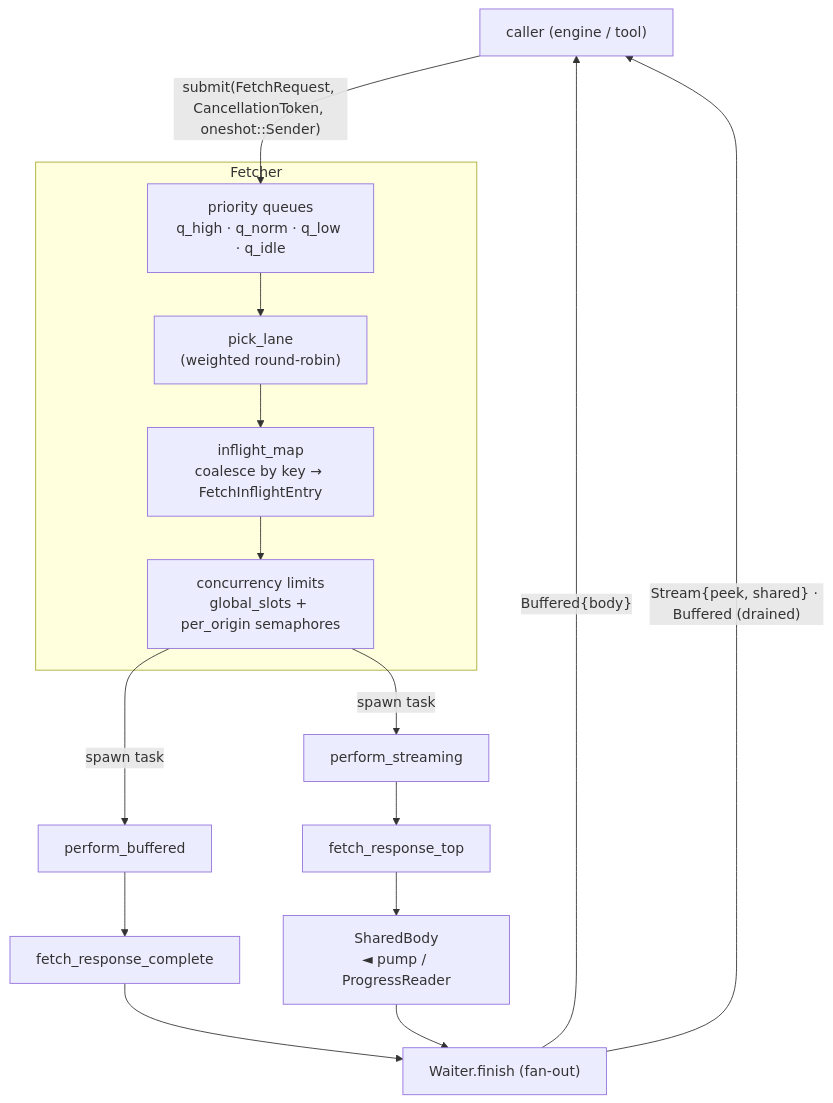
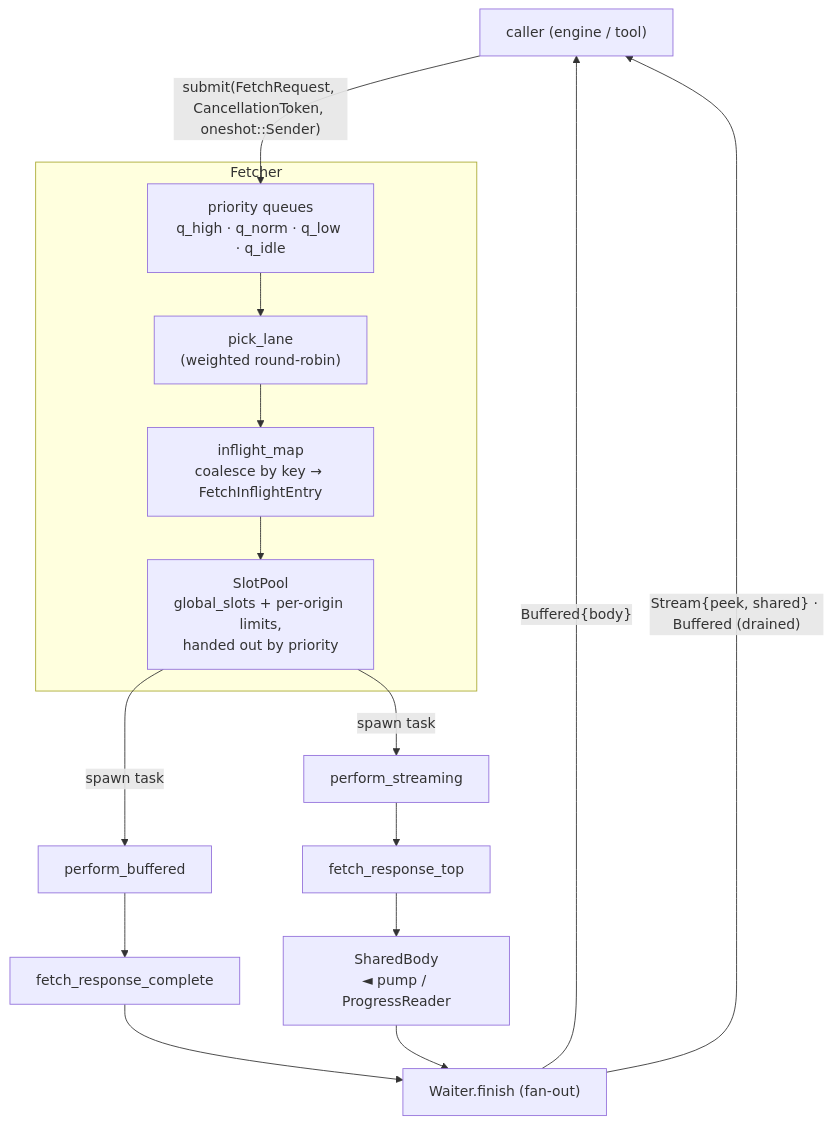
The diagram in docs/architecture.md (gosub-io/gosub-sonar), drawn with Mermaid before and after one commit. The commit also changed other lines of this file and 5 other files, not shown here.

Commit message:
fetcher: hand out connection slots by priority

````diff
--- a/docs/architecture.md
+++ b/docs/architecture.md
@@ -118,27 +118,27 @@
 ```mermaid
 flowchart TD
     caller["caller (engine / tool)"]
 
     subgraph fetcher["Fetcher"]
         queues["priority queues<br/>q_high · q_norm · q_low · q_idle"]
         pick["pick_lane<br/>(weighted round-robin)"]
         inflight["inflight_map<br/>coalesce by key → FetchInflightEntry"]
-        slots["concurrency limits<br/>global_slots + per_origin semaphores"]
+        slots["SlotPool<br/>global_slots + per-origin limits,<br/>handed out by priority"]
         queues --> pick --> inflight --> slots
     end
 
     complete["fetch_response_complete"]
     top["fetch_response_top"]
     shared["SharedBody<br/>◄ pump / ProgressReader"]
     waiter["Waiter.finish (fan-out)"]
 
     caller -->|"submit(FetchRequest, CancellationToken, oneshot::Sender)"| queues
     slots -->|"spawn task"| buffered["perform_buffered"]
     slots -->|"spawn task"| streaming["perform_streaming"]
 
     buffered --> complete --> waiter
     streaming --> top --> shared --> waiter
 
     waiter -->|"Buffered{body}"| caller
     waiter -->|"Stream{peek, shared} · Buffered (drained)"| caller
 ```
````
